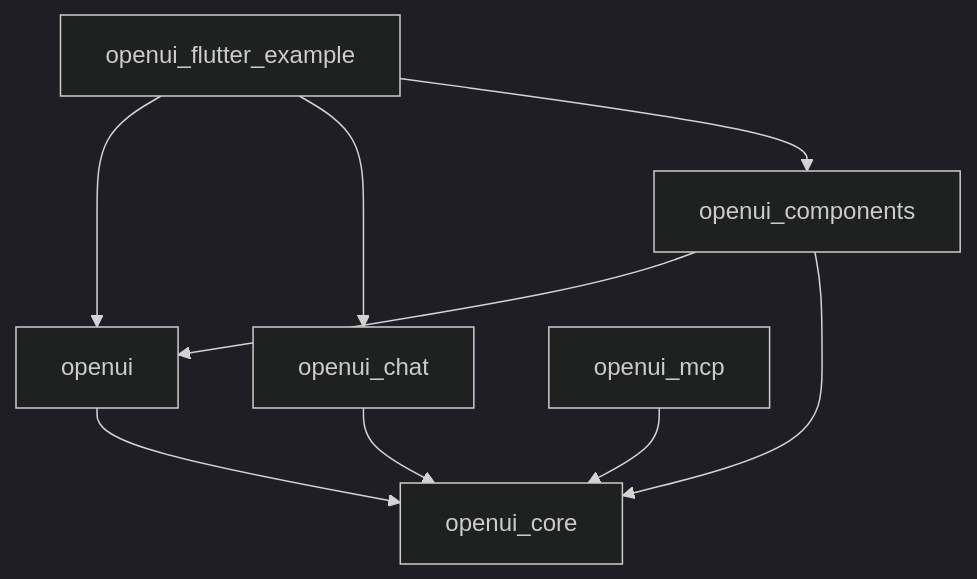
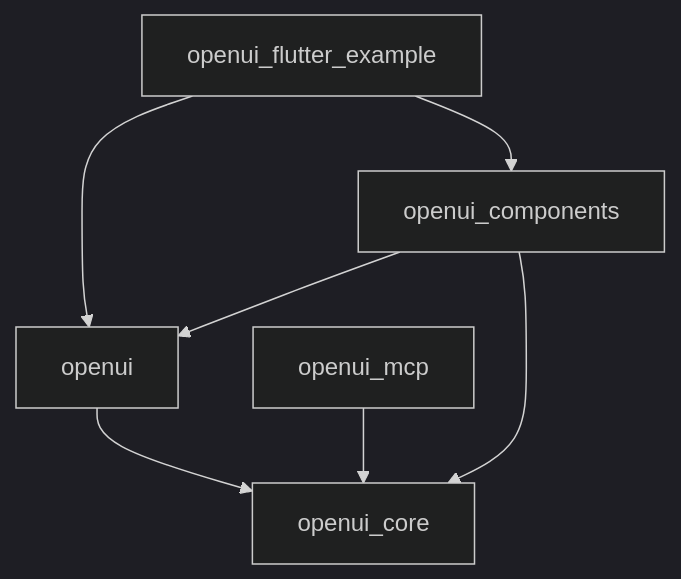
One commit to mtwichel/openui_flutter changed the first of 2 diagrams in docs/architecture.md. Above: the diagram before and after it, drawn with Mermaid (dark theme). The commit also changed other lines of this file and 112 other files, not shown here.

````diff
--- a/docs/architecture.md
+++ b/docs/architecture.md
@@ -19,18 +18,15 @@
 ```mermaid
 graph TD
   core[openui_core]
   ui[openui]
-  chat[openui_chat]
   comps[openui_components]
   mcp[openui_mcp]
   example[openui_flutter_example]
 
   ui --> core
-  chat --> core
   comps --> ui
   comps --> core
   mcp --> core
   example --> ui
-  example --> chat
   example --> comps
 ```
````
